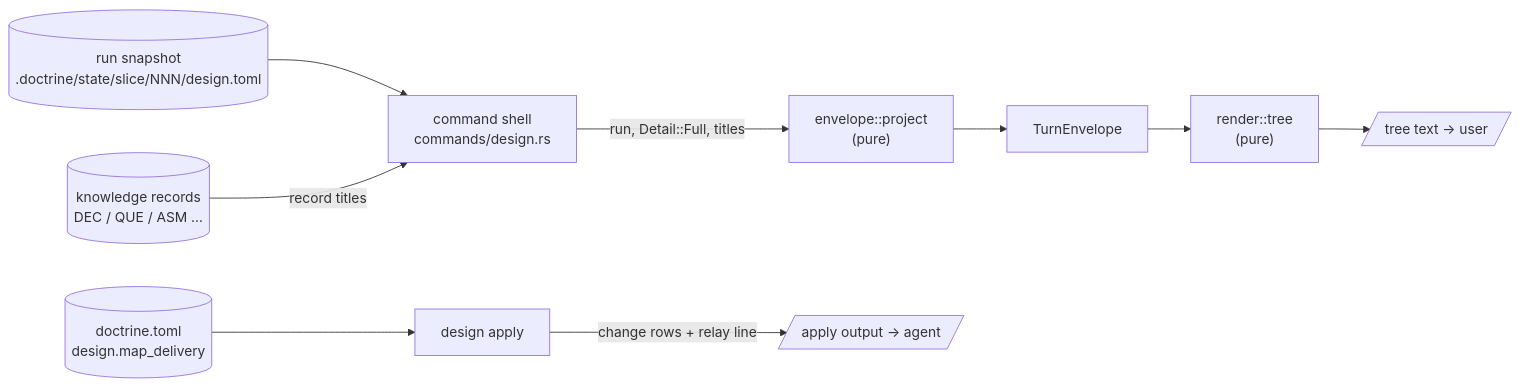
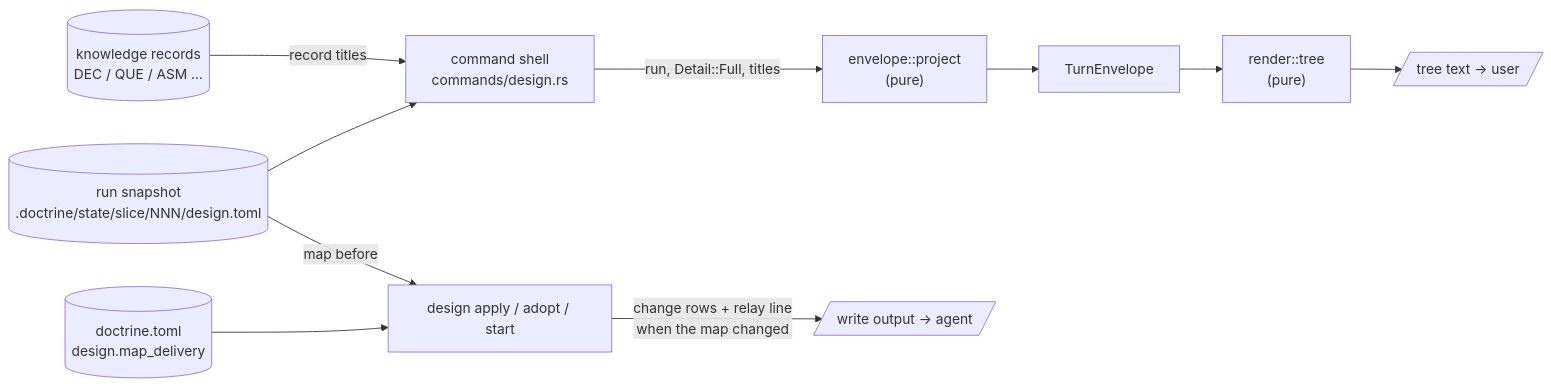
The first of 2 diagrams in .doctrine/slice/266/design.md (davidlee/doctrine), drawn with Mermaid before and after one commit. The commit also changed other lines of this file and 4 other files, not shown here.

````diff
--- a/.doctrine/slice/266/design.md
+++ b/.doctrine/slice/266/design.md
@@ -31,19 +31,20 @@
 ```mermaid
 flowchart LR
   snap[(run snapshot<br/>.doctrine/state/slice/NNN/design.toml)]
   corpus[(knowledge records<br/>DEC / QUE / ASM …)]
   cfg[(doctrine.toml<br/>design.map_delivery)]
   shell[command shell<br/>commands/design.rs]
   proj["envelope::project<br/>(pure)"]
   env[TurnEnvelope]
   tree["render::tree<br/>(pure)"]
-  apply[design apply]
+  apply[design apply / adopt / start]
   out1[/tree text → user/]
-  out2[/apply output → agent/]
+  out2[/write output → agent/]
 
   snap --> shell
   corpus -- record titles --> shell
   shell -- "run, Detail::Full, titles" --> proj --> env --> tree --> out1
   cfg --> apply
-  apply -- "change rows + relay line" --> out2
+  snap -- "map before" --> apply
+  apply -- "change rows + relay line<br/>when the map changed" --> out2
 ```
````
